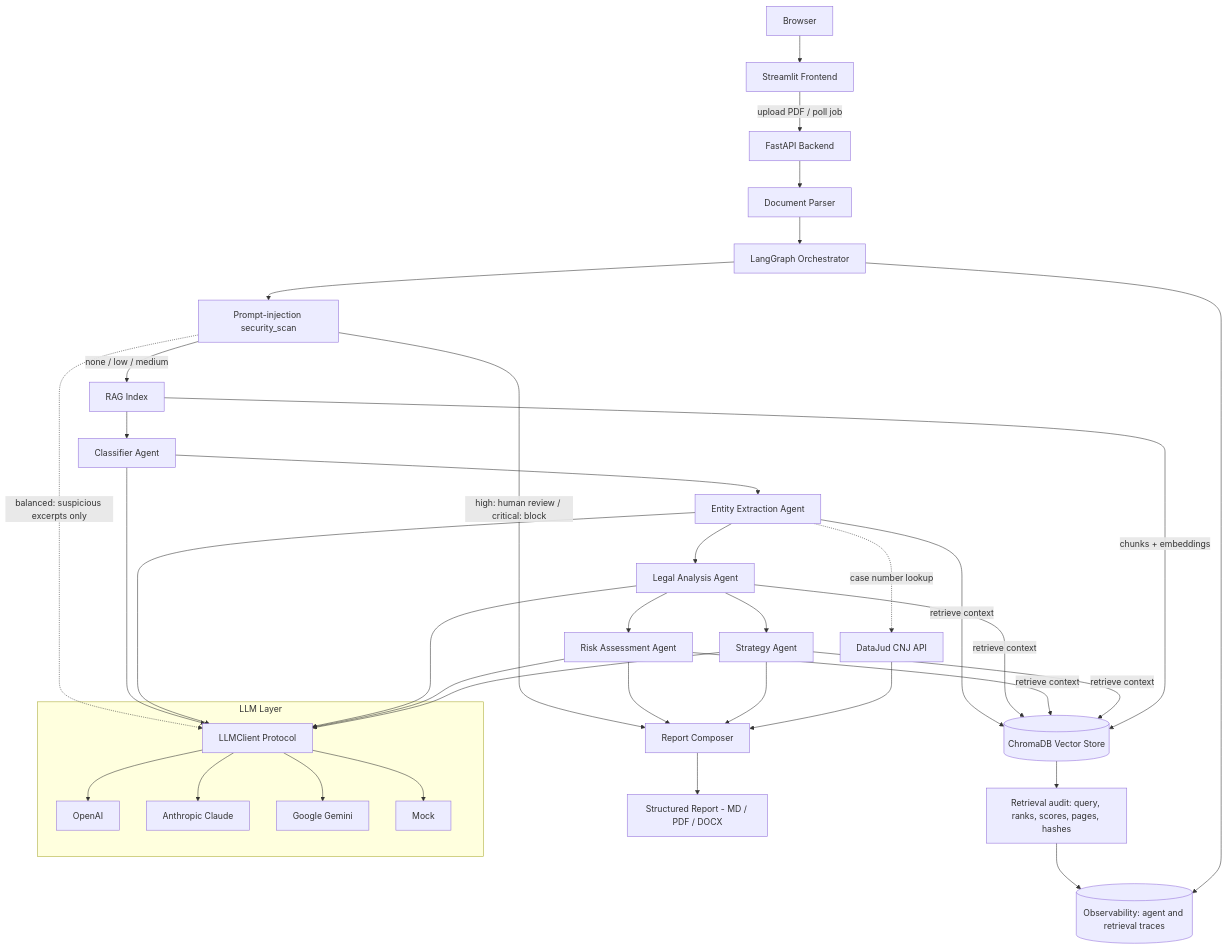
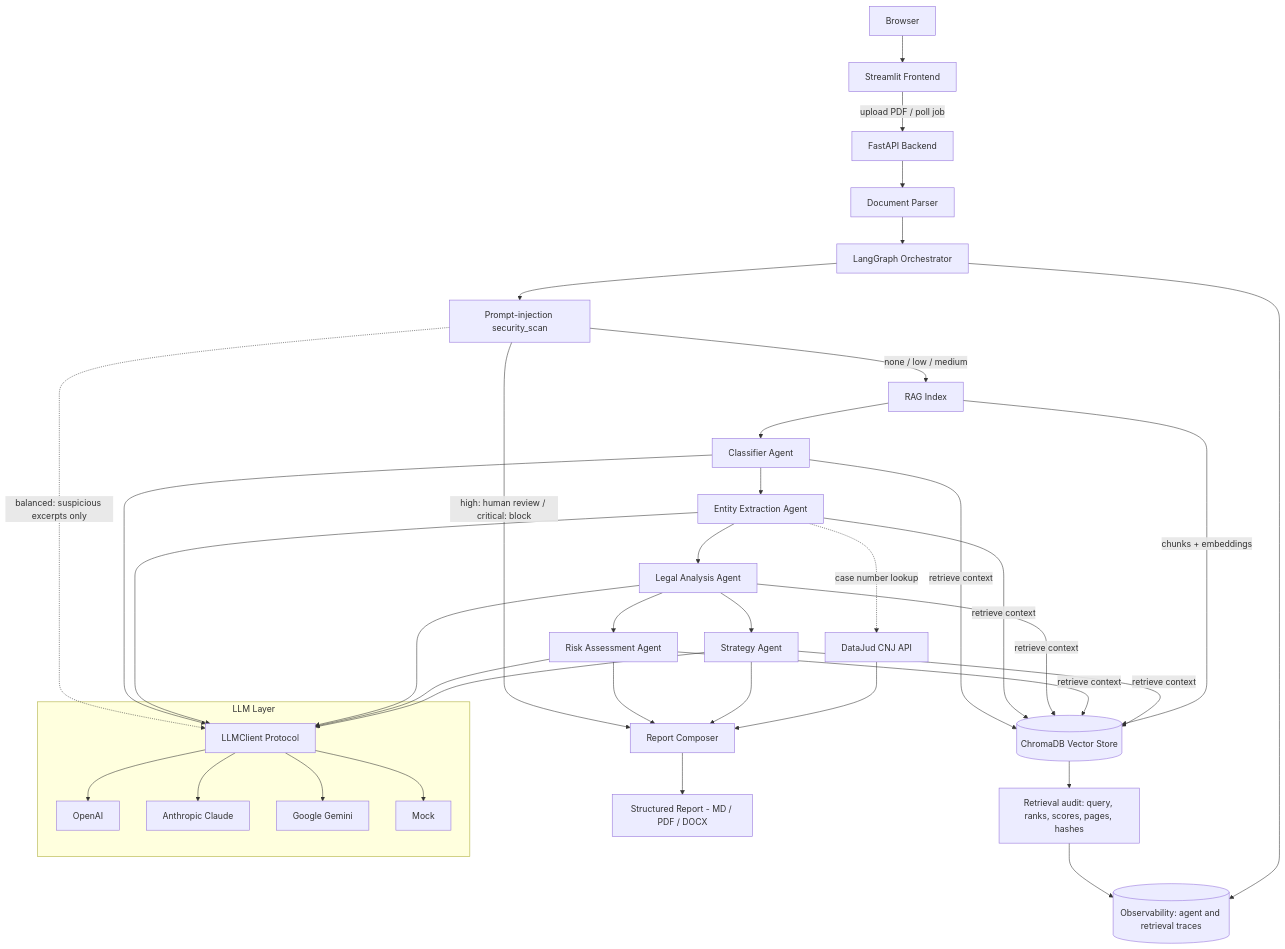
The diagram in docs/architecture.md (el-gabri/give-exit), drawn with Mermaid before and after one commit. The commit also changed other lines of this file and 84 other files, not shown here.

````diff
--- a/docs/architecture.md
+++ b/docs/architecture.md
@@ -5,33 +5,33 @@
 ```mermaid
 flowchart TD
     B[Browser] --> F[Streamlit Frontend]
     F -->|upload PDF / poll job| A[FastAPI Backend]
     A --> P[Document Parser]
     P --> O[LangGraph Orchestrator]
     O --> PI[Prompt-injection security_scan]
     PI -->|none / low / medium| I[RAG Index]
     PI -->|high: human review / critical: block| G[Report Composer]
     I --> C[Classifier Agent]
     C --> E[Entity Extraction Agent]
     E --> L[Legal Analysis Agent]
     L --> R[Risk Assessment Agent]
     L --> S[Strategy Agent]
     R & S --> G
-    E & L & R & S -->|retrieve context| RAG[(ChromaDB Vector Store)]
+    C & E & L & R & S -->|retrieve context| RAG[(ChromaDB Vector Store)]
     RAG --> RT[Retrieval audit: query, ranks, scores, pages, hashes]
     RT --> OBS
     I -->|chunks + embeddings| RAG
     E -.->|case number lookup| DJ[DataJud CNJ API]
     DJ --> G
     subgraph LLM Layer
         LC[LLMClient Protocol]
         LC --> OAI[OpenAI]
         LC --> ANT[Anthropic Claude]
         LC --> GEM[Google Gemini]
         LC --> MOCK[Mock]
     end
     PI -.->|balanced: suspicious excerpts only| LC
     C & E & L & R & S --> LC
     G --> REP[Structured Report - MD / PDF / DOCX]
     O --> OBS[(Observability: agent and retrieval traces)]
 ```
````
